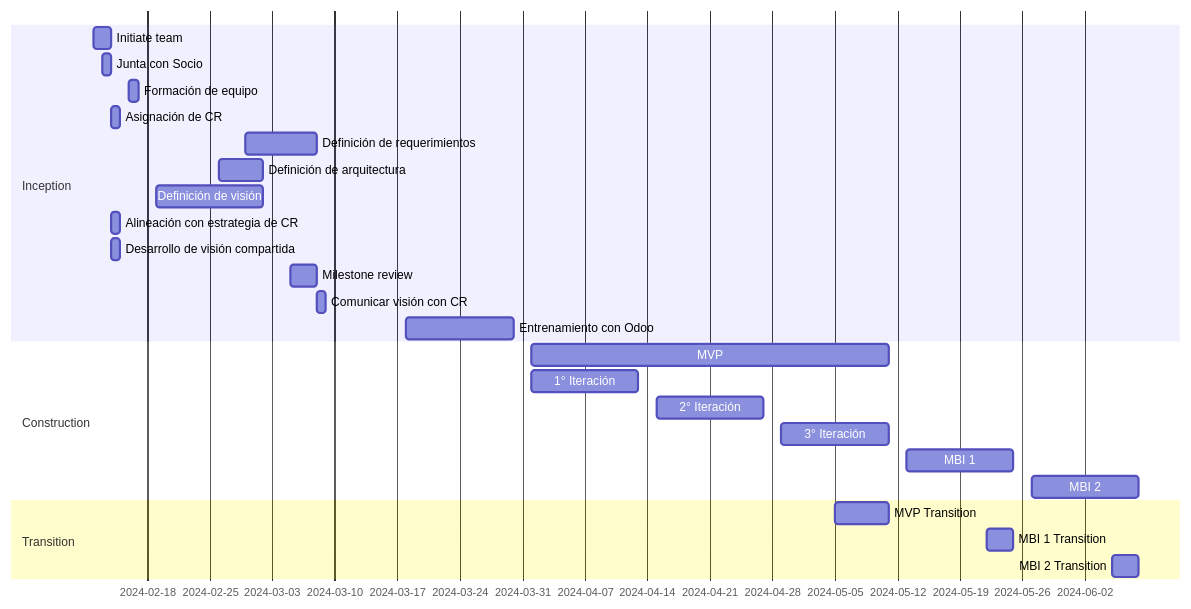
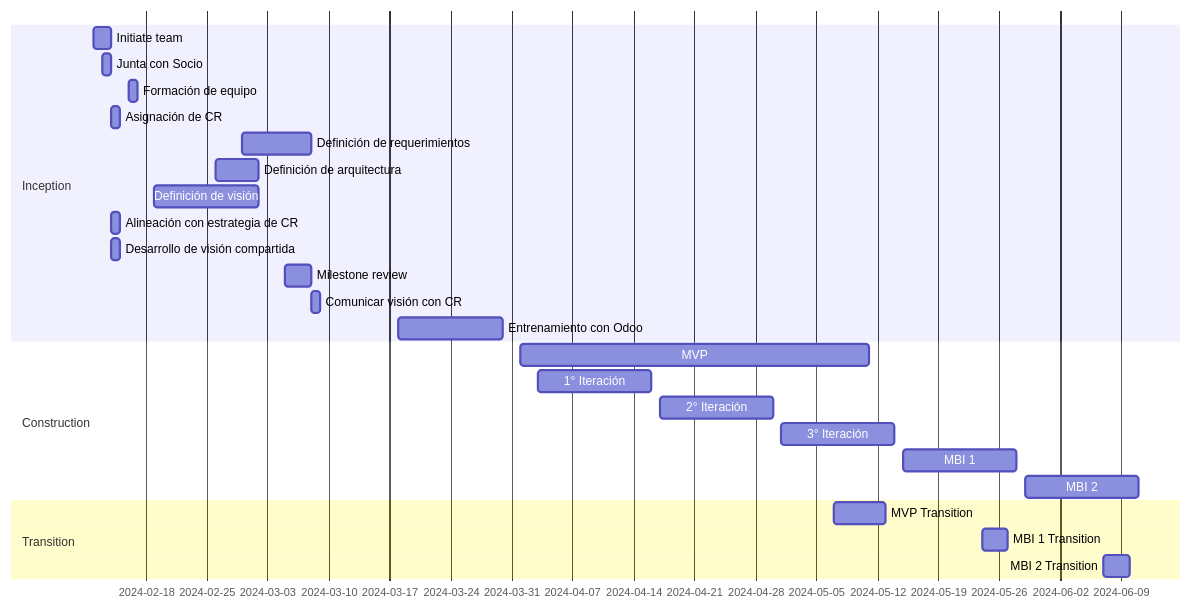
The diagram in docs/cr/vision-proyecto-cr.md (Black-Dot-2024/docs), drawn with Mermaid before and after one commit.

````diff
--- a/docs/cr/vision-proyecto-cr.md
+++ b/docs/cr/vision-proyecto-cr.md
@@ -86,29 +86,29 @@
 ```mermaid
 gantt
     dateFormat YYYY-MM-DD
     section Inception
         Initiate team   :2024-02-12, 2d
         Junta con Socio :2024-02-13, 1d
         Formación de equipo :2024-02-16, 1d
         Asignación de CR :2024-02-14, 1d
         Definición de requerimientos :2024-02-29, 8d
         Definición de arquitectura :2024-02-26, 5d
         Definición de visión :2024-02-19, 12d
         Alineación con estrategia de CR :2024-02-14, 1d
         Desarrollo de visión compartida :2024-02-14, 1d
         Milestone review :2024-03-5, 3d
         Comunicar visión con CR   :1d
         Entrenamiento con Odoo :2024-03-18, 12d
     section Construction
         MVP :2024-04-1, 40d
-        1° Iteración :2024-04-1, 12d
-        2° Iteración :2024-04-15, 12d
-        3° Iteración :2024-04-29, 12d
-        MBI 1 :2024-05-13, 12d
-        MBI 2 :2024-05-27, 12d
+        1° Iteración :2024-04-3, 13d
+        2° Iteración :2024-04-17, 13d
+        3° Iteración :2024-05-01, 13d
+        MBI 1 :2024-05-15, 13d
+        MBI 2 :2024-05-29, 13d
     section Transition
-        MVP Transition :2024-05-5, 6d
-        MBI 1 Transition :2024-05-22, 3d
-        MBI 2 Transition :2024-06-5, 3d
+        MVP Transition :2024-05-07, 6d
+        MBI 1 Transition :2024-05-24, 3d
+        MBI 2 Transition :2024-06-07, 3d
 
 ```
````
